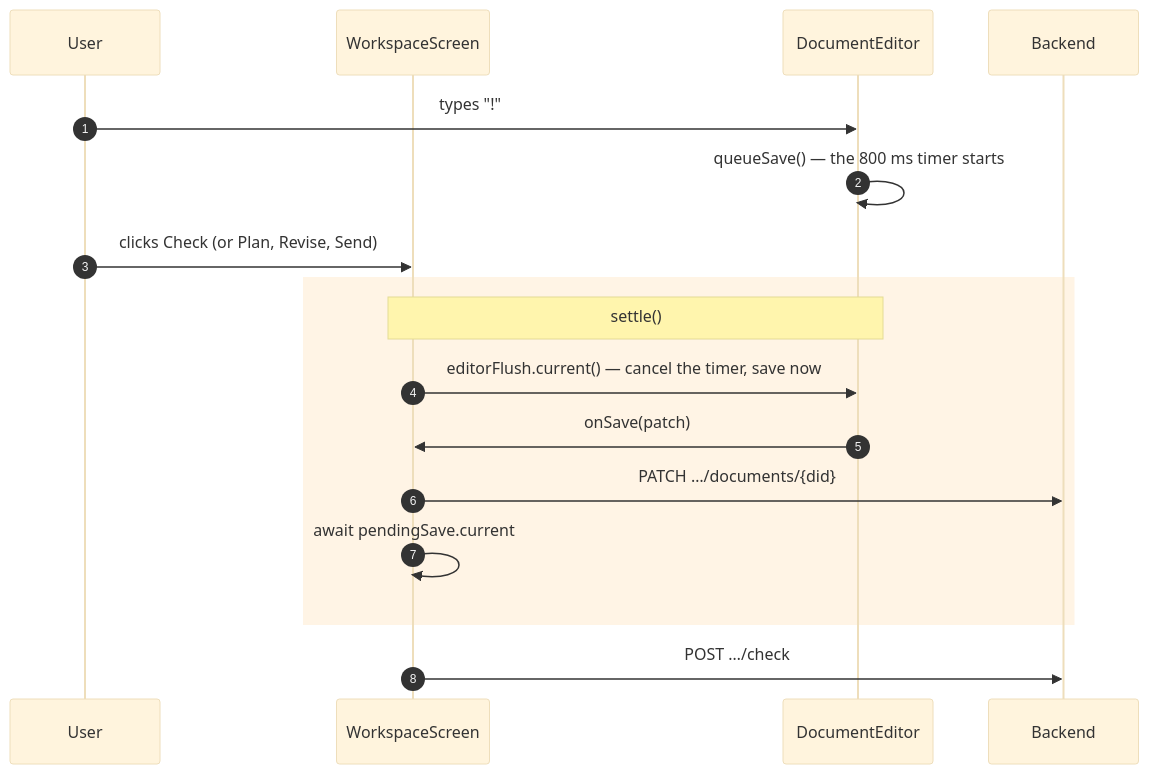
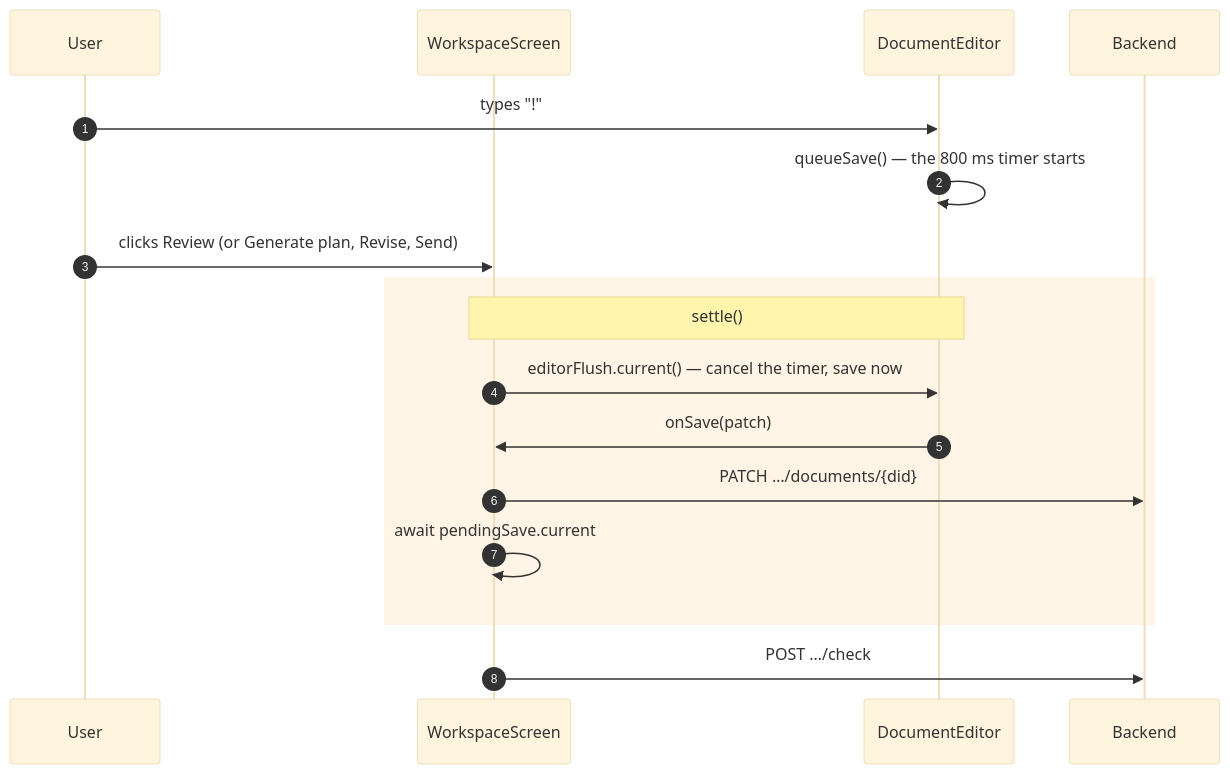
The fourth of 6 diagrams in docs/diagrams/05-frontend-flows.md (Akazz-L/maya), drawn with Mermaid (base theme) before and after one commit. The commit also changed other lines of this file and 27 other files, not shown here.

````diff
--- a/docs/diagrams/05-frontend-flows.md
+++ b/docs/diagrams/05-frontend-flows.md
@@ -114,20 +115,20 @@
 ```mermaid
 sequenceDiagram
     autonumber
     participant U as User
     participant WS as WorkspaceScreen
     participant ED as DocumentEditor
     participant BE as Backend
 
     U->>ED: types "!"
     ED->>ED: queueSave() — the 800 ms timer starts
-    U->>WS: clicks Check (or Plan, Revise, Send)
+    U->>WS: clicks Review (or Generate plan, Revise, Send)
     rect rgb(255, 244, 229)
         Note over WS,ED: settle()
         WS->>ED: editorFlush.current() — cancel the timer, save now
         ED->>WS: onSave(patch)
         WS->>BE: PATCH …/documents/{did}
         WS->>WS: await pendingSave.current
     end
     WS->>BE: POST …/check
 ```
````
